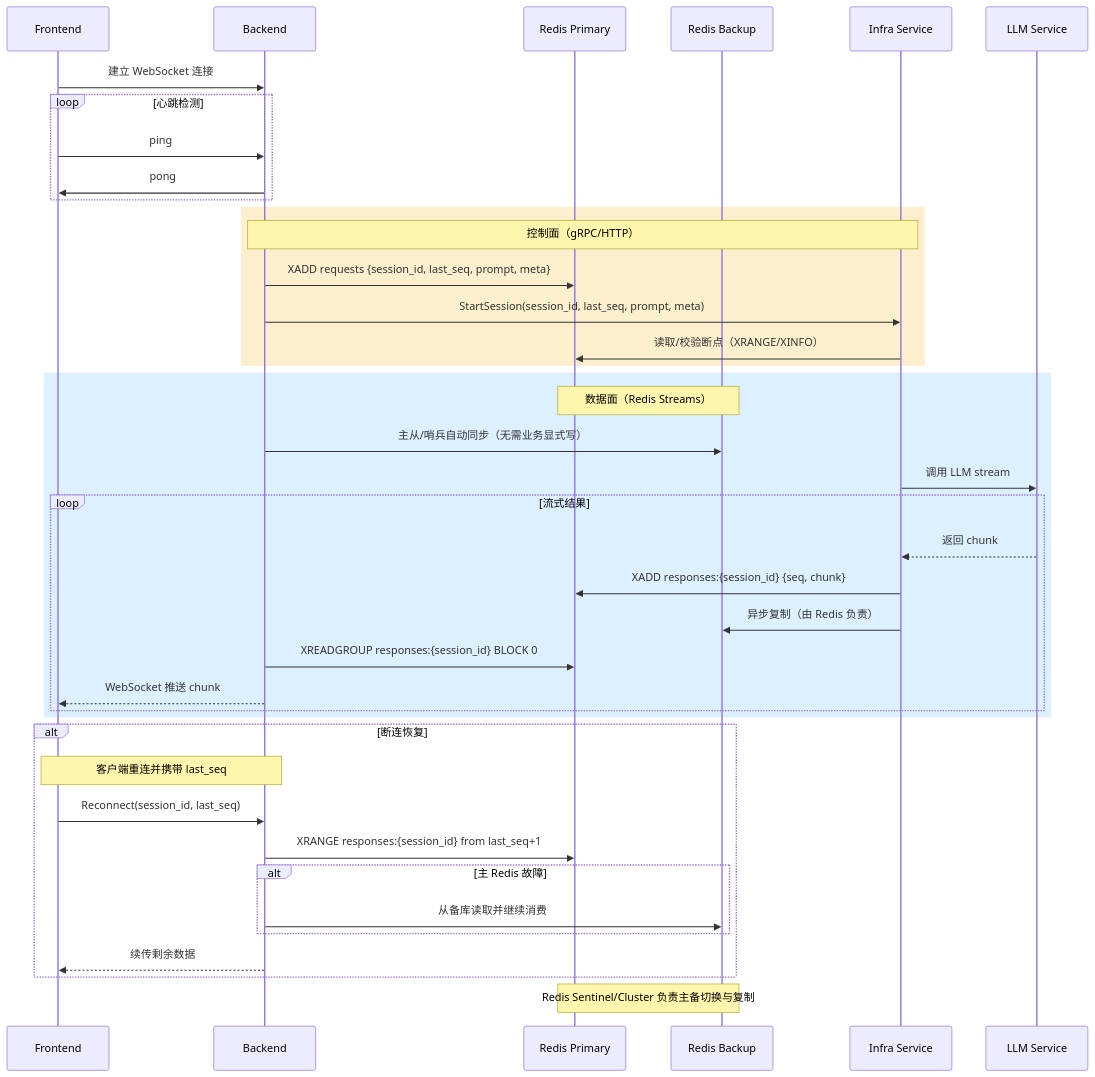
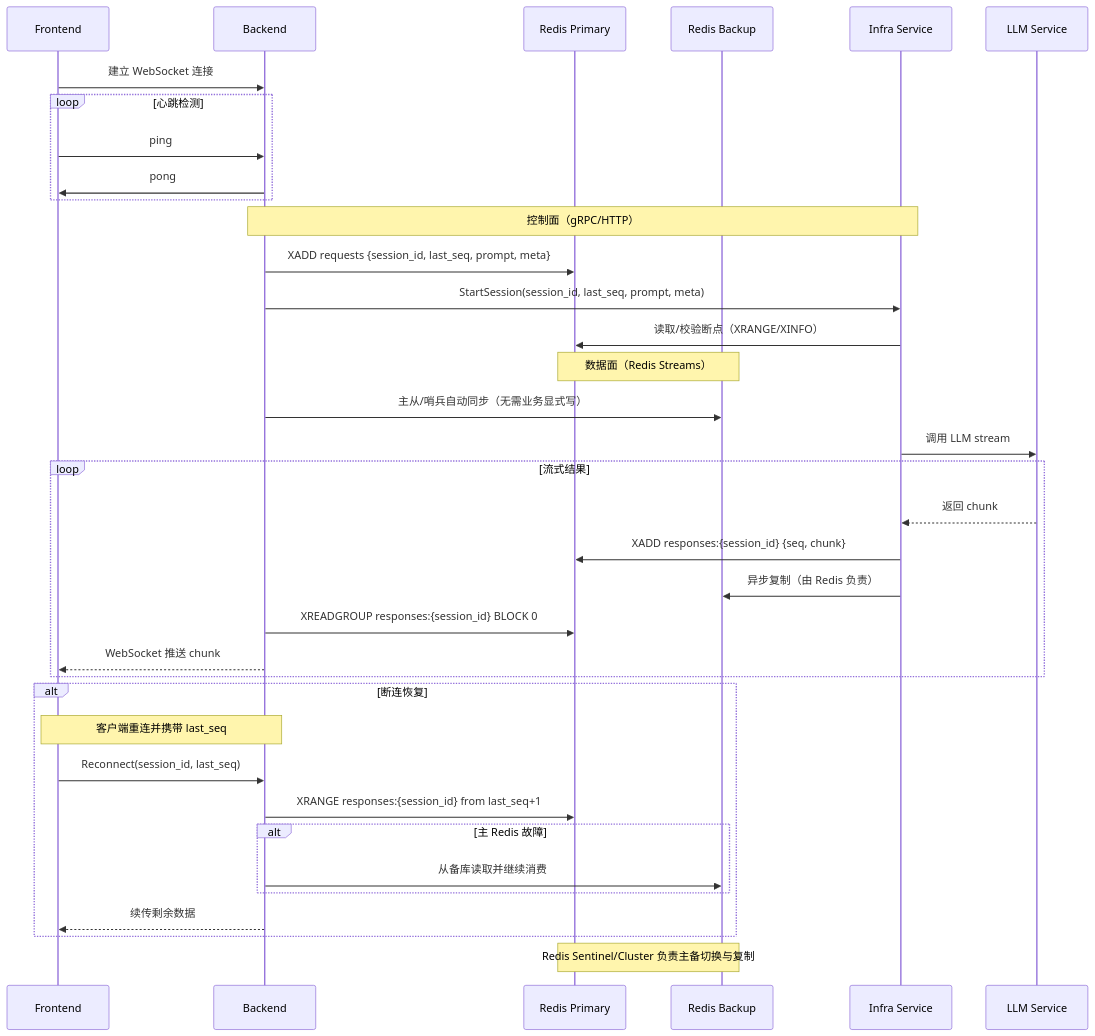
One commit to OmniMCP-AI/SE-prompt-context changed the diagram in 02-architecture/workflow/architecture-dual-redis-solution.md. Above: the diagram before and after it, drawn with Mermaid.

Commit message:
feat: add document

````diff
--- a/02-architecture/workflow/architecture-dual-redis-solution.md
+++ b/02-architecture/workflow/architecture-dual-redis-solution.md
@@ -9,48 +9,44 @@
 ```mermaid
 sequenceDiagram
     participant F as Frontend
     participant B as Backend
     participant RP as Redis Primary
     participant RB as Redis Backup
     participant IS as Infra Service
     participant LLM as LLM Service
 
     F->>B: 建立 WebSocket 连接
     loop 心跳检测
         F->>B: ping
         B->>F: pong
     end
 
-    rect rgb(252,239,205)
     Note over B,IS: 控制面（gRPC/HTTP）
     B->>RP: XADD requests {session_id, last_seq, prompt, meta}
     B->>IS: StartSession(session_id, last_seq, prompt, meta)
     IS->>RP: 读取/校验断点（XRANGE/XINFO）
-    end
 
-    rect rgb(220,240,255)
     Note over RP,RB: 数据面（Redis Streams）
     B->>RB: 主从/哨兵自动同步（无需业务显式写）
     IS->>LLM: 调用 LLM stream
 
     loop 流式结果
         LLM-->>IS: 返回 chunk
         IS->>RP: XADD responses:{session_id} {seq, chunk}
         IS->>RB: 异步复制（由 Redis 负责）
         B->>RP: XREADGROUP responses:{session_id} BLOCK 0
         B-->>F: WebSocket 推送 chunk
-    end
     end
 
     alt 断连恢复
         Note over F,B: 客户端重连并携带 last_seq
         F->>B: Reconnect(session_id, last_seq)
         B->>RP: XRANGE responses:{session_id} from last_seq+1
         alt 主 Redis 故障
             B->>RB: 从备库读取并继续消费
         end
         B-->>F: 续传剩余数据
     end
 
     Note over RP,RB: Redis Sentinel/Cluster 负责主备切换与复制
 ```
````
